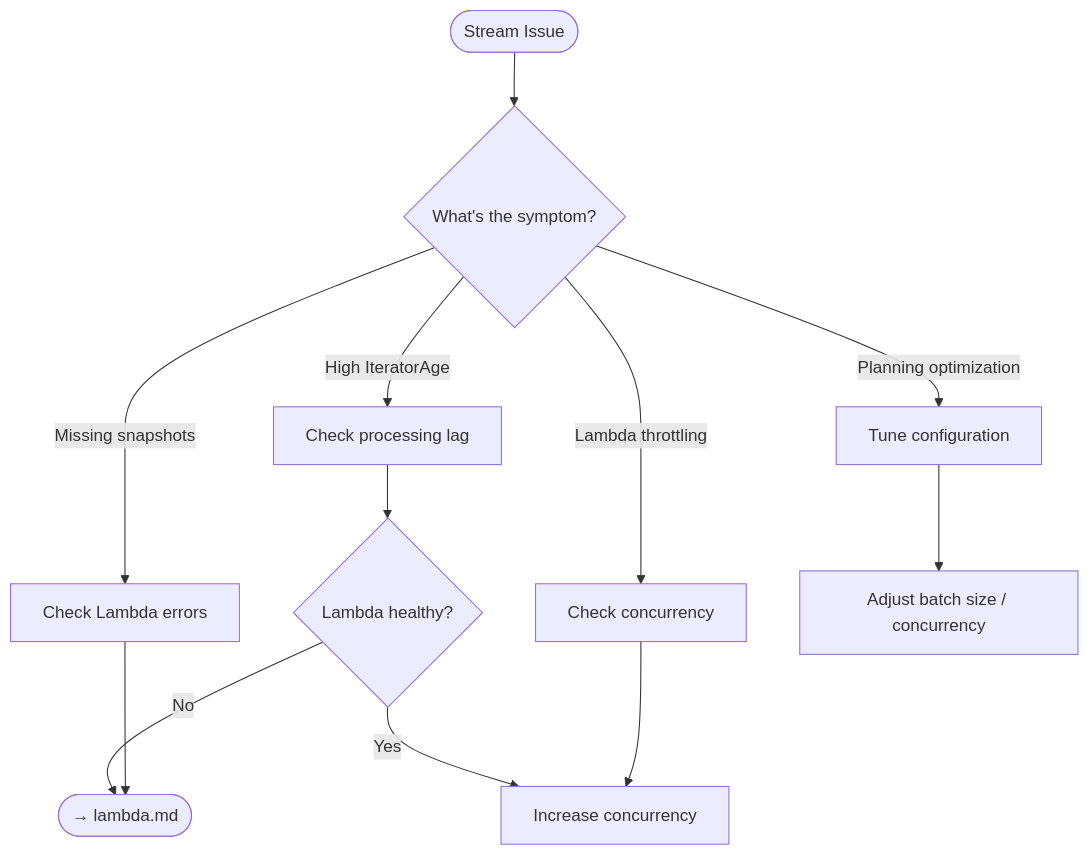
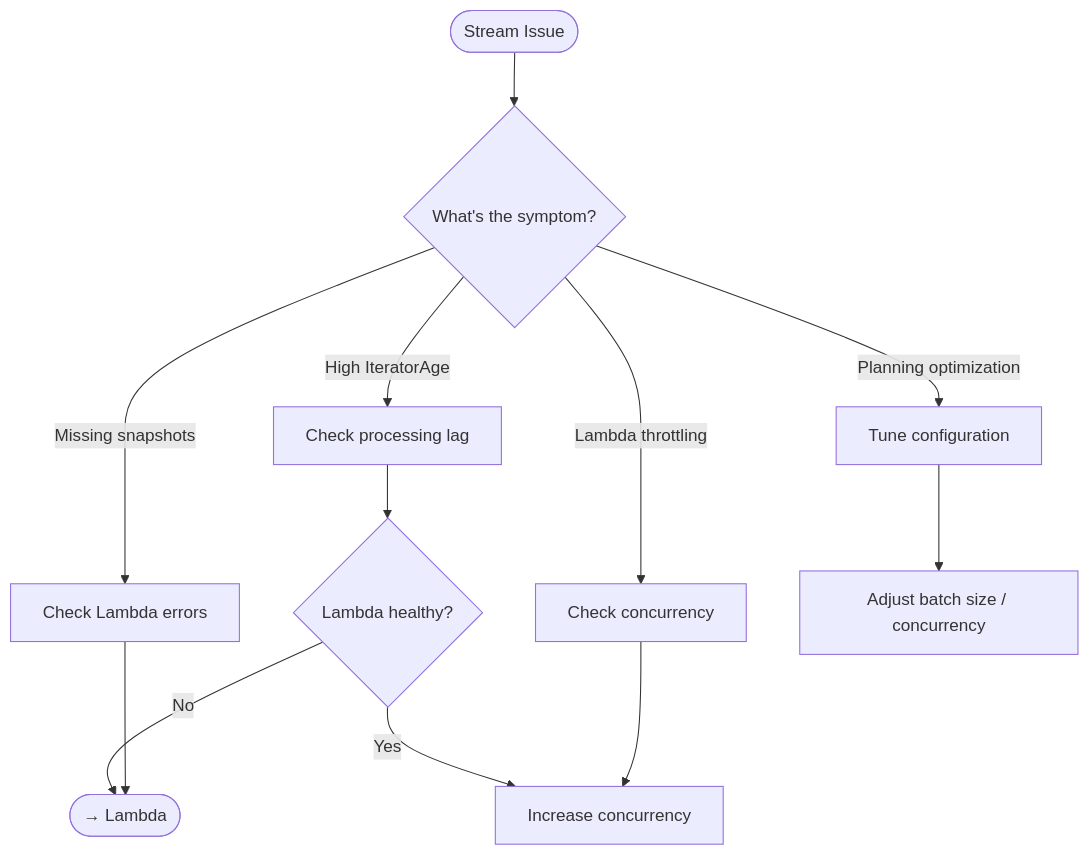
The diagram in docs/operations/streams.md (zeroae/zae-limiter), drawn with Mermaid before and after one commit. The commit also changed 8 other files, not shown here.

````diff
--- a/docs/operations/streams.md
+++ b/docs/operations/streams.md
@@ -7,17 +7,23 @@
 ```mermaid
 flowchart TD
     START([Stream Issue]) --> Q1{What's the symptom?}
 
     Q1 -->|High IteratorAge| A1[Check processing lag]
     Q1 -->|Lambda throttling| A2[Check concurrency]
     Q1 -->|Missing snapshots| A3[Check Lambda errors]
     Q1 -->|Planning optimization| A4[Tune configuration]
 
     A1 --> CHECK1{Lambda healthy?}
-    CHECK1 -->|No| LINK1([→ lambda.md])
+    CHECK1 -->|No| LINK1([→ Lambda])
     CHECK1 -->|Yes| SCALE[Increase concurrency]
 
     A2 --> SCALE
     A3 --> LINK1
     A4 --> TUNE[Adjust batch size / concurrency]
+
+    click A1 "#high-iterator-age" "Diagnose lag"
+    click LINK1 "lambda/" "Lambda troubleshooting"
+    click SCALE "#scaling-stream-processing" "Scale concurrency"
+    click A3 "lambda/#error-rate-issues" "Check Lambda errors"
+    click TUNE "#tuning-stream-processing" "Configuration tuning"
 ```
````
